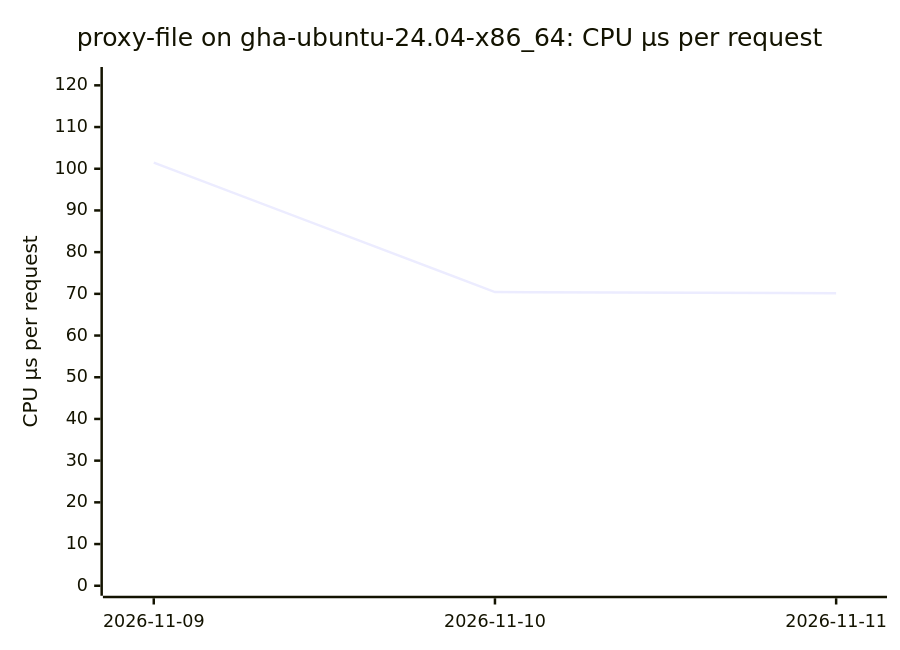
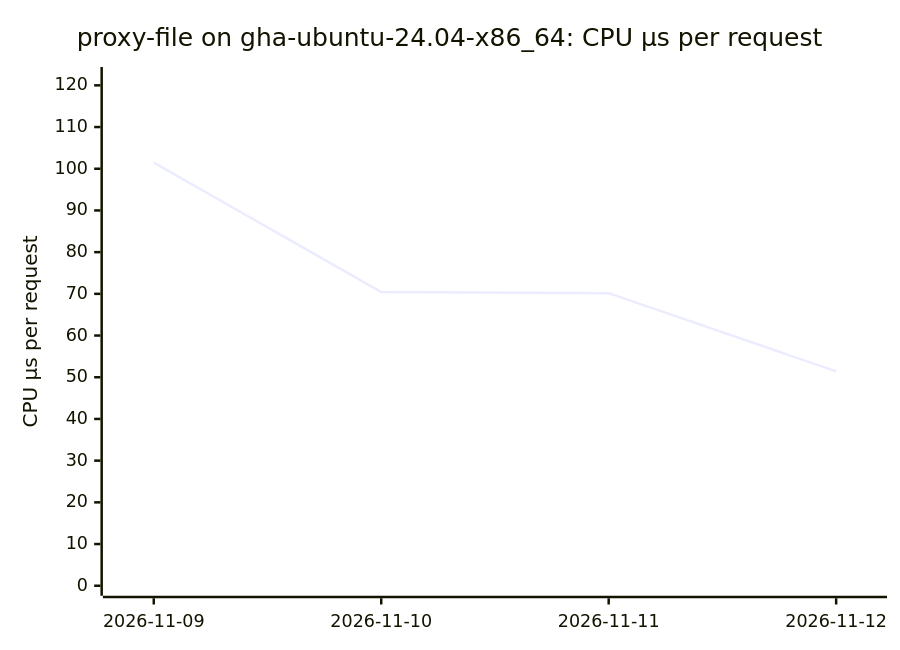
Before and after one commit to ThePixelPilgrim/durchlauferhitzer: the seventh of 18 diagrams in BENCHMARKS.md, drawn with Mermaid. The commit also changed other lines of this file and 1 other file, not shown here.

````diff
--- a/BENCHMARKS.md
+++ b/BENCHMARKS.md
@@ -86,7 +86,7 @@
 ```mermaid
 xychart-beta
   title "proxy-file on gha-ubuntu-24.04-x86_64: CPU µs per request"
-  x-axis ["2026-11-09", "2026-11-10", "2026-11-11"]
+  x-axis ["2026-11-09", "2026-11-10", "2026-11-11", "2026-11-12"]
   y-axis "CPU µs per request" 0 --> 122
-  line [101.47, 70.43, 70.16]
+  line [101.47, 70.43, 70.16, 51.41]
 ```
````
